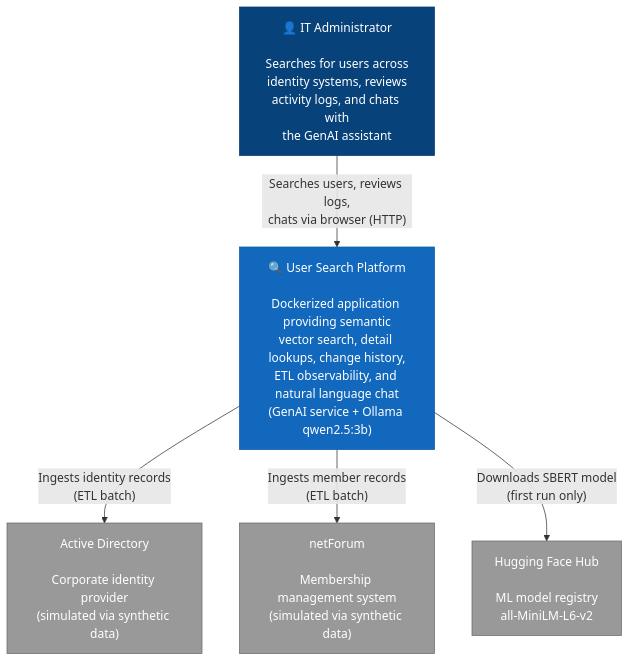
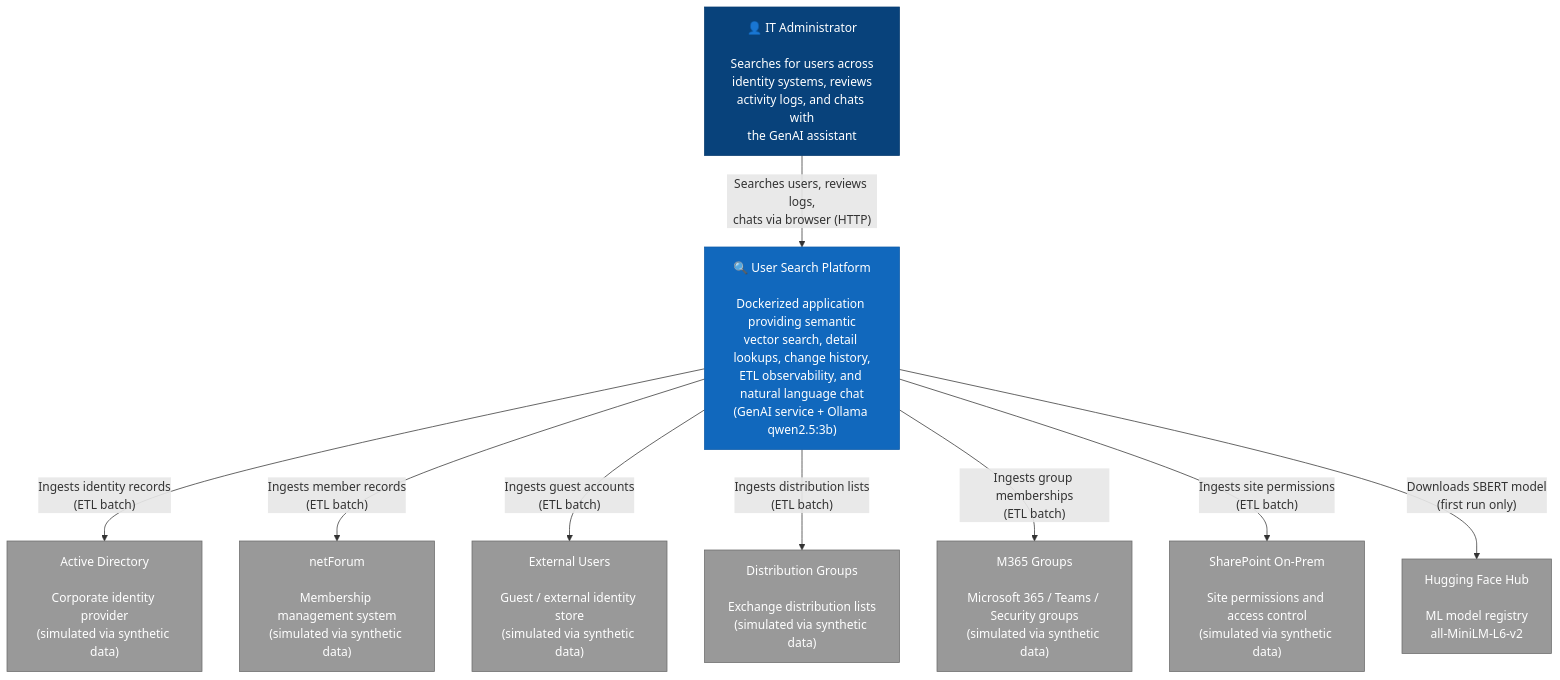
Before and after one commit to sjackshaw/user-search: the diagram in docs/diagrams/c4-system-context.md, drawn with Mermaid. The commit also changed 30 other files, not shown here.

````diff
--- a/docs/diagrams/c4-system-context.md
+++ b/docs/diagrams/c4-system-context.md
@@ -3,19 +3,27 @@
 ```mermaid
 graph TB
     classDef person fill:#08427B,stroke:#073B6F,color:#fff
     classDef system fill:#1168BD,stroke:#0E5BA7,color:#fff
     classDef external fill:#999999,stroke:#6B6B6B,color:#fff
 
     User["👤 IT Administrator<br/><br/>Searches for users across<br/>identity systems, reviews<br/>activity logs, and chats with<br/>the GenAI assistant"]:::person
 
     UserSearch["🔍 User Search Platform<br/><br/>Dockerized application providing semantic<br/>vector search, detail lookups, change history,<br/>ETL observability, and natural language chat<br/>(GenAI service + Ollama qwen2.5:3b)"]:::system
 
     AD["Active Directory<br/><br/>Corporate identity provider<br/>(simulated via synthetic data)"]:::external
     NF["netForum<br/><br/>Membership management system<br/>(simulated via synthetic data)"]:::external
+    EU["External Users<br/><br/>Guest / external identity store<br/>(simulated via synthetic data)"]:::external
+    DG["Distribution Groups<br/><br/>Exchange distribution lists<br/>(simulated via synthetic data)"]:::external
+    M365["M365 Groups<br/><br/>Microsoft 365 / Teams / Security groups<br/>(simulated via synthetic data)"]:::external
+    SP["SharePoint On-Prem<br/><br/>Site permissions and access control<br/>(simulated via synthetic data)"]:::external
     HF["Hugging Face Hub<br/><br/>ML model registry<br/>all-MiniLM-L6-v2"]:::external
 
     User -->|"Searches users, reviews logs,<br/>chats via browser (HTTP)"| UserSearch
     UserSearch -->|"Ingests identity records<br/>(ETL batch)"| AD
     UserSearch -->|"Ingests member records<br/>(ETL batch)"| NF
+    UserSearch -->|"Ingests guest accounts<br/>(ETL batch)"| EU
+    UserSearch -->|"Ingests distribution lists<br/>(ETL batch)"| DG
+    UserSearch -->|"Ingests group memberships<br/>(ETL batch)"| M365
+    UserSearch -->|"Ingests site permissions<br/>(ETL batch)"| SP
     UserSearch -->|"Downloads SBERT model<br/>(first run only)"| HF
 ```
````
